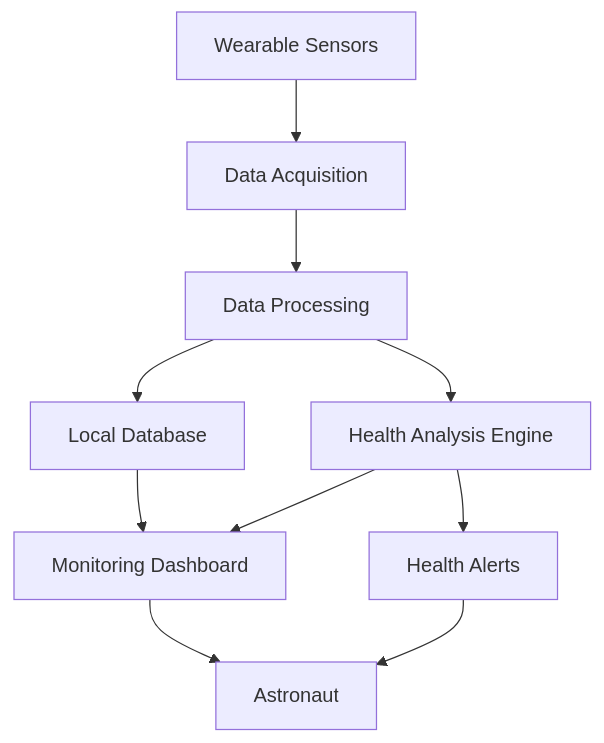
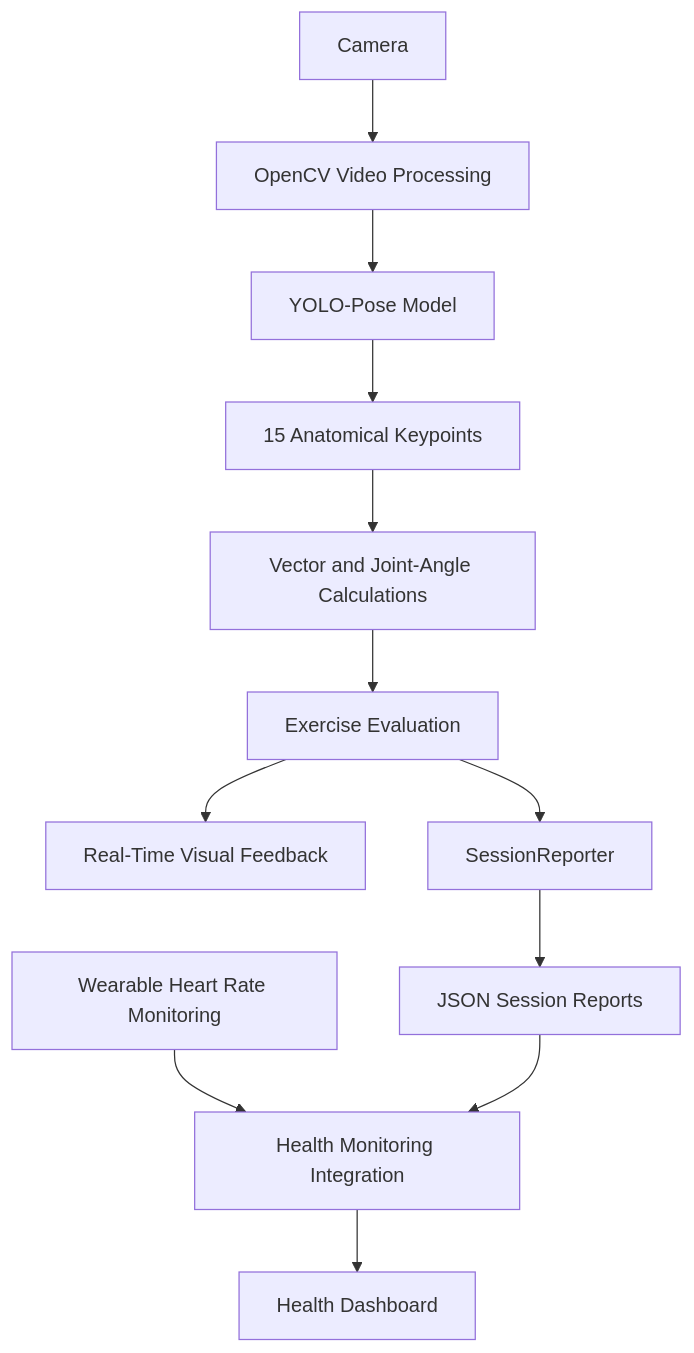
One commit to Renataoliver-dev/ORION-Health- changed the diagram in README.md. Above: the diagram before and after it, drawn with Mermaid. The commit also changed other lines of this file, not shown here.

````diff
--- a/README.md
+++ b/README.md
@@ -187,12 +524,15 @@
 ```mermaid
 flowchart TD
-    A[Wearable Sensors] --> B[Data Acquisition]
-    B --> C[Data Processing]
-    C --> D[Local Database]
-    C --> E[Health Analysis Engine]
-    E --> F[Monitoring Dashboard]
-    E --> G[Health Alerts]
-    D --> F
-    F --> H[Astronaut]
-    G --> H
+    A[Camera] --> B[OpenCV Video Processing]
+    B --> C[YOLO-Pose Model]
+    C --> D[15 Anatomical Keypoints]
+    D --> E[Vector and Joint-Angle Calculations]
+    E --> F[Exercise Evaluation]
+    F --> G[Real-Time Visual Feedback]
+    F --> H[SessionReporter]
+    H --> I[JSON Session Reports]
+
+    J[Wearable Heart Rate Monitoring] --> K[Health Monitoring Integration]
+    I --> K
+    K --> L[Health Dashboard]
 ```
````
